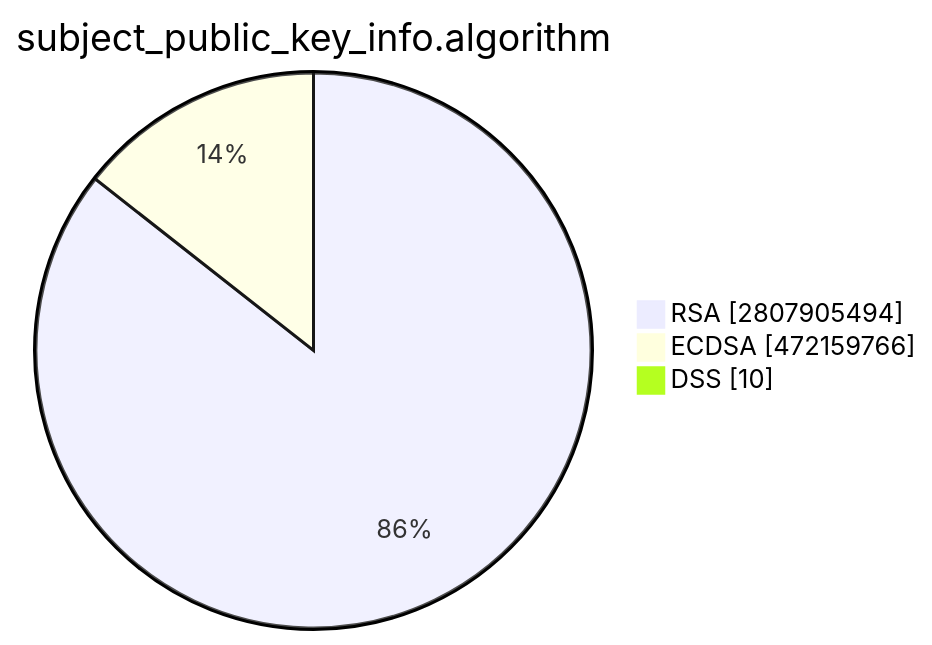
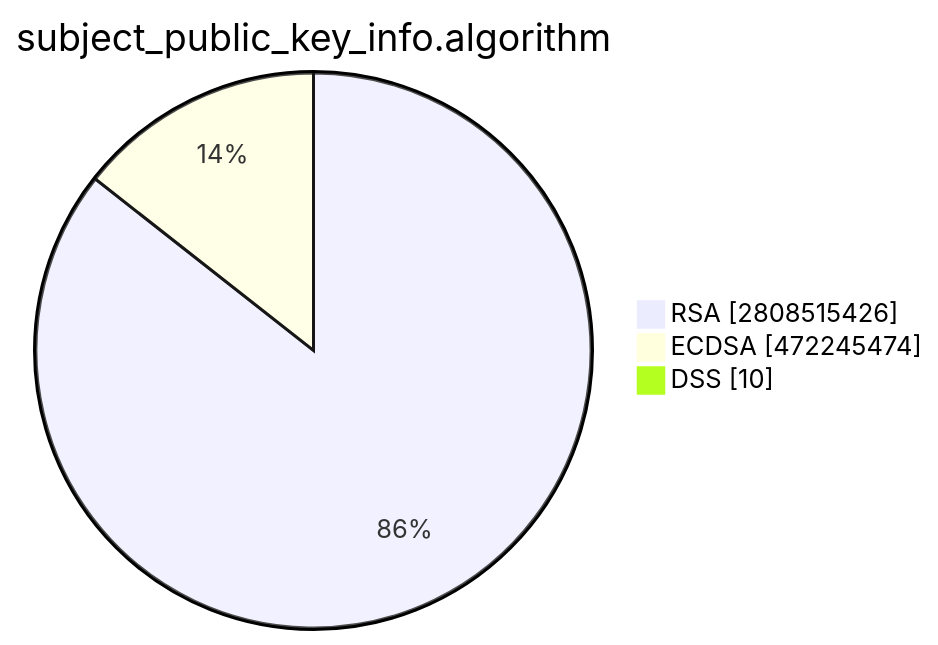
The second of 15 diagrams in TOTAL/README.md (christiankrug/ctmonitor_visualization), drawn with Mermaid before and after one commit. The commit also changed other lines of this file, not shown here.

````diff
--- a/TOTAL/README.md
+++ b/TOTAL/README.md
@@ -6,7 +6,7 @@
 ```mermaid
 pie showData
 title subject_public_key_info.algorithm
-"RSA" :2807905494
-"ECDSA" :472159766
+"RSA" :2808515426
+"ECDSA" :472245474
 "DSS" :10
 ```
````
